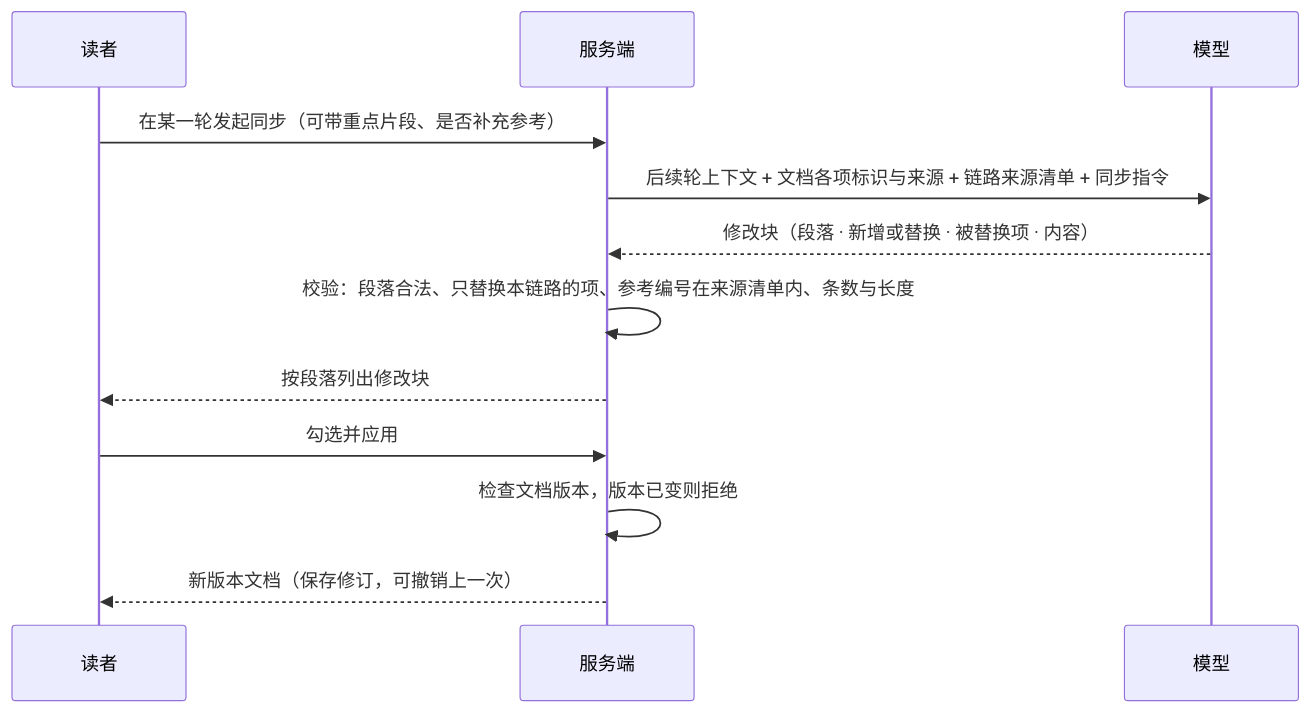
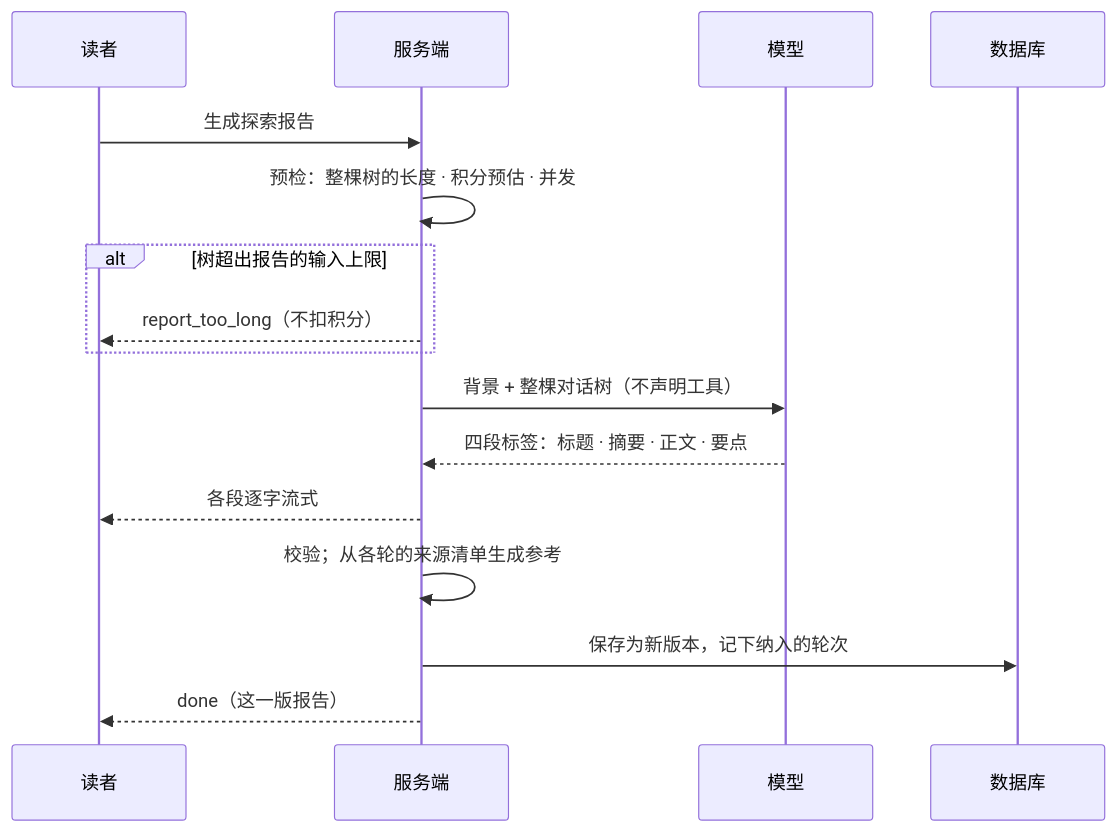
One commit to Bank5y/Keine changed the seventh of 27 diagrams in docs/tech/Keine_explore_harness_v1.md. Above: the diagram before and after it, drawn with Mermaid. The commit also changed other lines of this file and 2 other files, not shown here.

Commit message:
fix: the harness report covers the explore redesign; selections for the report and course links (#162)

````diff
--- a/docs/tech/Keine_explore_harness_v1.md
+++ b/docs/tech/Keine_explore_harness_v1.md
@@ -260,14 +289,18 @@
 ```mermaid
 sequenceDiagram
   participant R as 读者
   participant S as 服务端
   participant M as 模型
-  R->>S: 在某一轮发起同步（可带重点片段、是否补充参考）
-  S->>M: 后续轮上下文 + 文档各项标识与来源 + 链路来源清单 + 同步指令
-  M-->>S: 修改块（段落 · 新增或替换 · 被替换项 · 内容）
-  S->>S: 校验：段落合法、只替换本链路的项、参考编号在来源清单内、条数与长度
-  S-->>R: 按段落列出修改块
-  R->>S: 勾选并应用
-  S->>S: 检查文档版本，版本已变则拒绝
-  S-->>R: 新版本文档（保存修订，可撤销上一次）
+  participant DB as 数据库
+  R->>S: 生成探索报告
+  S->>S: 预检：整棵树的长度 · 积分预估 · 并发
+  alt 树超出报告的输入上限
+    S-->>R: report_too_long（不扣积分）
+  end
+  S->>M: 背景 + 整棵对话树（不声明工具）
+  M-->>S: 四段标签：标题 · 摘要 · 正文 · 要点
+  S-->>R: 各段逐字流式
+  S->>S: 校验；从各轮的来源清单生成参考
+  S->>DB: 保存为新版本，记下纳入的轮次
+  S-->>R: done（这一版报告）
 ```
````
